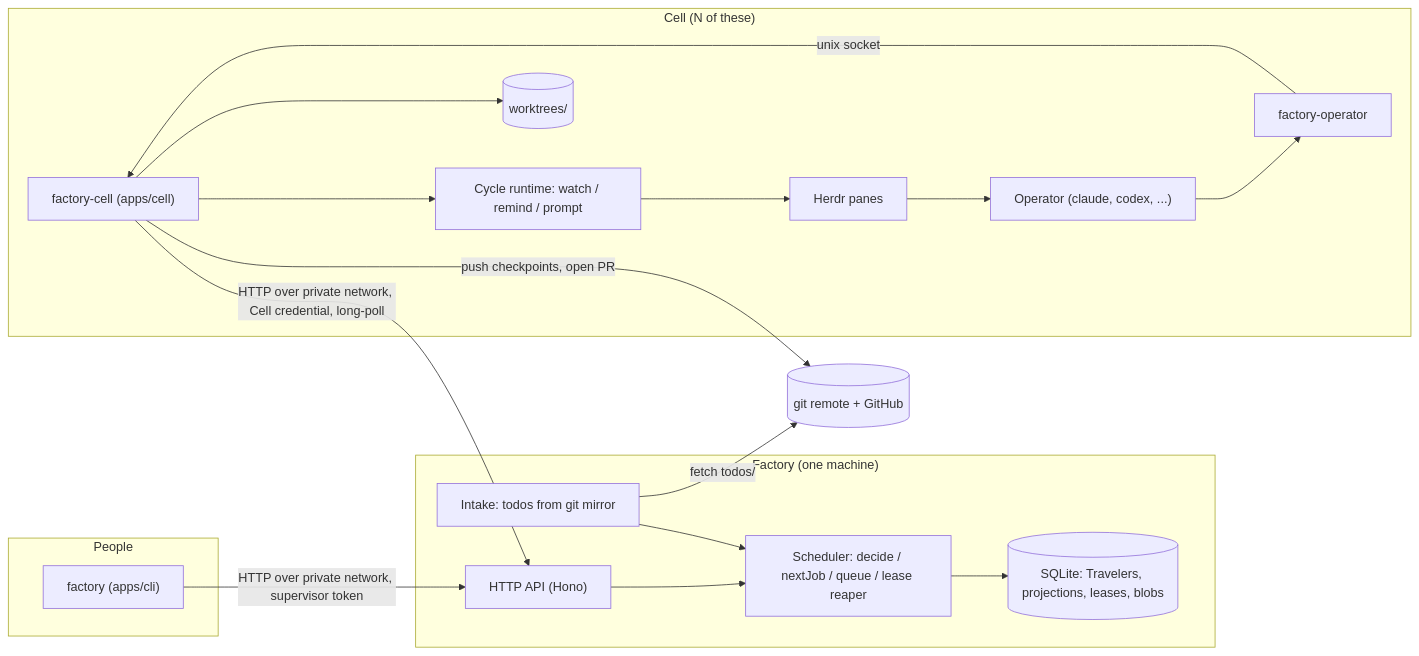
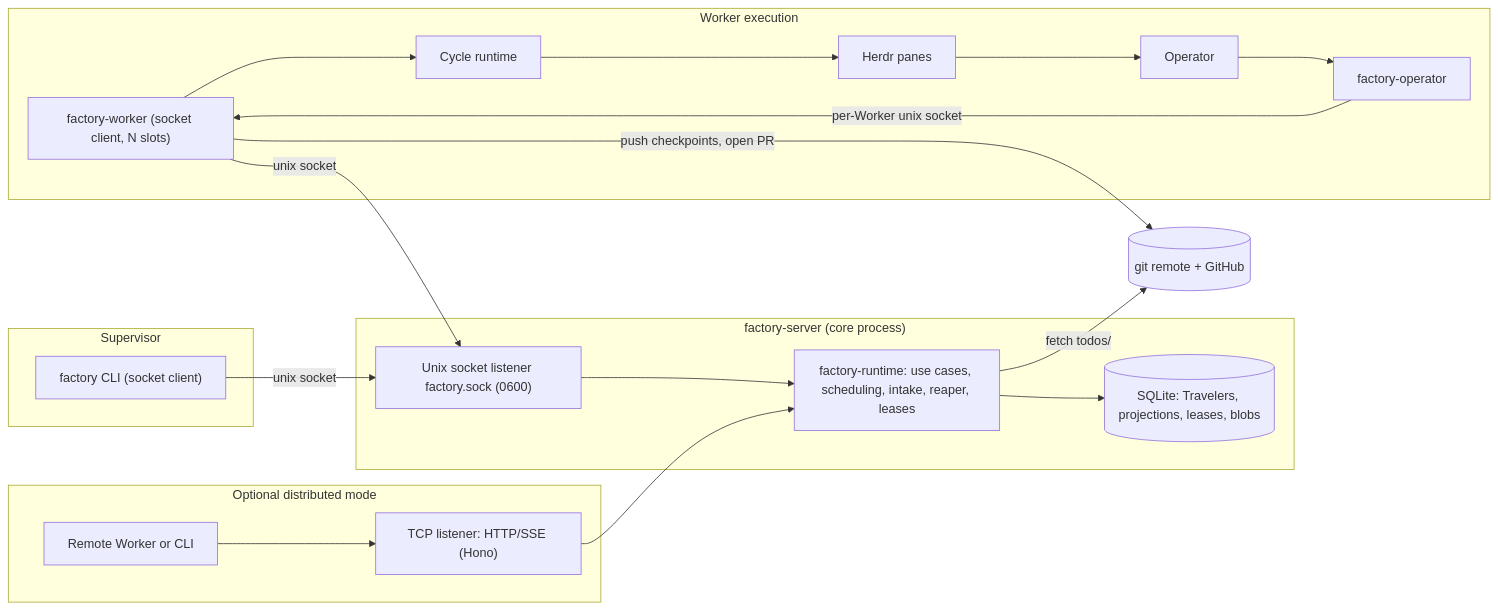
Before and after one commit to xyashino/software-factory: the first of 8 diagrams in docs/PLAN.md, drawn with Mermaid. The commit also changed other lines of this file and 48 other files, not shown here.

Commit message:
docs: restructure architecture around local socket server

````diff
--- a/docs/PLAN.md
+++ b/docs/PLAN.md
@@ -53,36 +69,39 @@
 ```mermaid
 flowchart LR
-  subgraph People
-    FX["factory (apps/cli)"]
+  subgraph Supervisor["Supervisor"]
+    CLI["factory CLI (socket client)"]
   end
 
-  subgraph Factory["Factory (one machine)"]
-    API["HTTP API (Hono)"]
-    SCHED["Scheduler: decide / nextJob / queue / lease reaper"]
-    INTAKE["Intake: todos from git mirror"]
+  subgraph Server["factory-server (core process)"]
+    APP["factory-runtime: use cases, scheduling, intake, reaper, leases"]
     DB[("SQLite: Travelers, projections, leases, blobs")]
-    API --> SCHED
-    INTAKE --> SCHED
-    SCHED --> DB
+    SOCK["Unix socket listener factory.sock (0600)"]
+    APP --> DB
+    SOCK --> APP
   end
 
-  subgraph CellHost["Cell (N of these)"]
-    C["factory-cell (apps/cell)"]
-    RT["Cycle runtime: watch / remind / prompt"]
+  subgraph Remote["Optional distributed mode"]
+    HTTP["TCP listener: HTTP/SSE (Hono)"]
+    REMOTE["Remote Worker or CLI"]
+    REMOTE --> HTTP
+  end
+
+  subgraph WorkerHost["Worker execution"]
+    C["factory-worker (socket client, N slots)"]
+    RT["Cycle runtime"]
     H["Herdr panes"]
-    OP["Operator (claude, codex, ...)"]
+    OP["Operator"]
     FXO["factory-operator"]
-    WT[("worktrees/<todoId>")]
     C --> RT --> H --> OP
     OP --> FXO
-    FXO -->|"unix socket"| C
-    C --> WT
+    FXO -->|"per-Worker unix socket"| C
   end
 
+  CLI -->|"unix socket"| SOCK
+  C -->|"unix socket"| SOCK
+  HTTP --> APP
+
   GIT[("git remote + GitHub")]
-
-  FX -->|"HTTP over private network, supervisor token"| API
-  C -->|"HTTP over private network, Cell credential, long-poll"| API
   C -->|"push checkpoints, open PR"| GIT
-  INTAKE -->|"fetch todos/"| GIT
+  APP -->|"fetch todos/"| GIT
 ```
````
